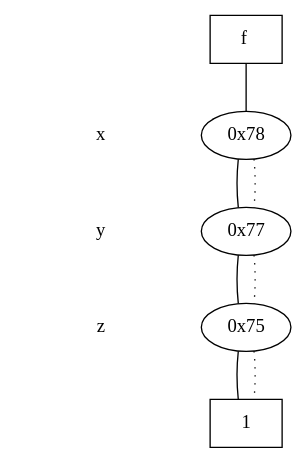
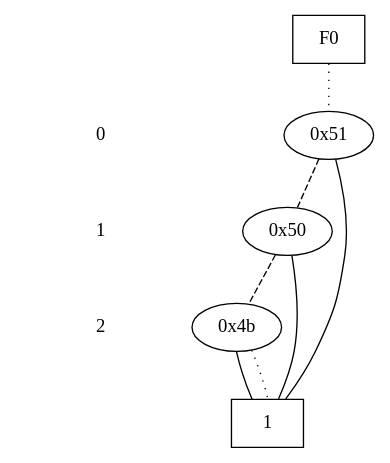
One commit to steefbrown/ece6740 changed the diagram in cudd-3.0.0/hw5_quotient.dot. Above: the diagram before and after it, drawn with Graphviz. The commit also changed 45 other files, not shown here.

```diff
--- a/cudd-3.0.0/hw5_quotient.dot
+++ b/cudd-3.0.0/hw5_quotient.dot
@@ -1,33 +1,33 @@
 digraph "DD" {
 size = "7.5,10"
 center = true;
 edge [dir = none];
 { node [shape = plaintext];
   edge [style = invis];
   "CONST NODES" [style = invis];
-" x " -> " y " -> " z " -> "CONST NODES"; 
+" 0 " -> " 1 " -> " 2 " -> "CONST NODES"; 
 }
 { rank = same; node [shape = box]; edge [style = invis];
-"  f  "; }
-{ rank = same; " x ";
-"0x78";
+"F0"; }
+{ rank = same; " 0 ";
+"0x51";
 }
-{ rank = same; " y ";
-"0x77";
+{ rank = same; " 1 ";
+"0x50";
 }
-{ rank = same; " z ";
-"0x75";
+{ rank = same; " 2 ";
+"0x4b";
 }
 { rank = same; "CONST NODES";
-{ node [shape = box]; "0x6f";
+{ node [shape = box]; "0x45";
 }
 }
-"  f  " -> "0x78" [style = solid];
-"0x78" -> "0x77";
-"0x78" -> "0x77" [style = dotted];
-"0x77" -> "0x75";
-"0x77" -> "0x75" [style = dotted];
-"0x75" -> "0x6f";
-"0x75" -> "0x6f" [style = dotted];
-"0x6f" [label = "1"];
+"F0" -> "0x51" [style = dotted];
+"0x51" -> "0x45";
+"0x51" -> "0x50" [style = dashed];
+"0x50" -> "0x45";
+"0x50" -> "0x4b" [style = dashed];
+"0x4b" -> "0x45";
+"0x4b" -> "0x45" [style = dotted];
+"0x45" [label = "1"];
 }
```
